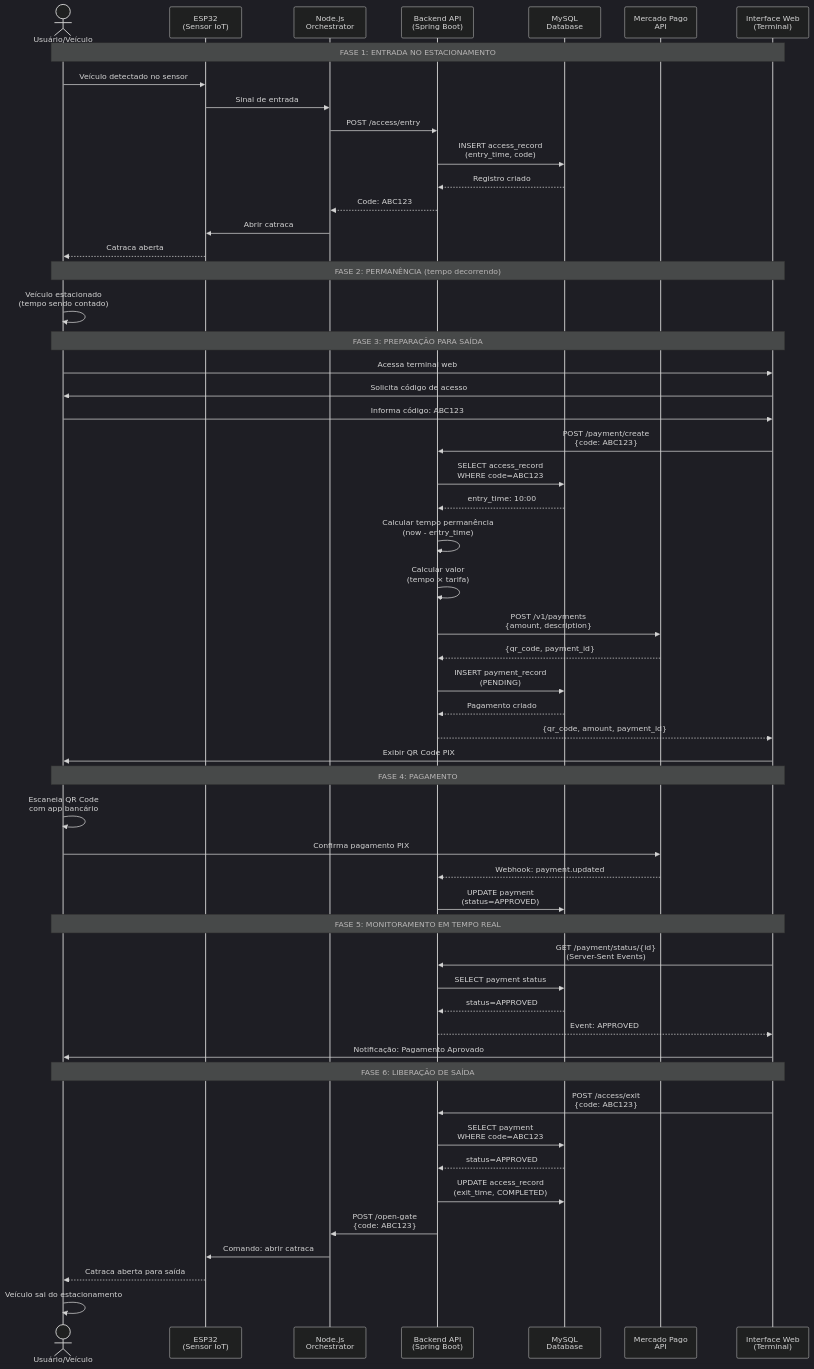
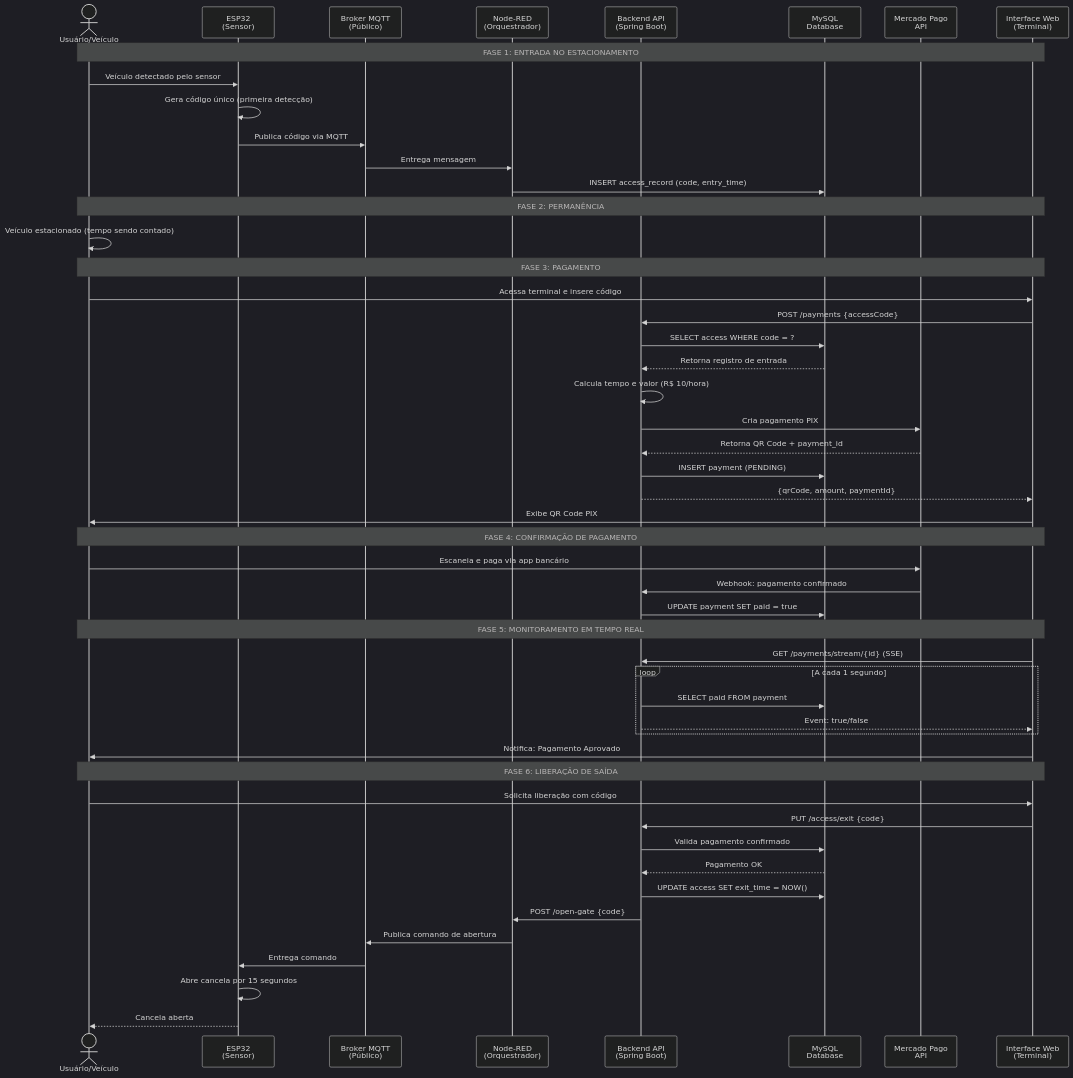
The first of 2 diagrams in README.md (Luca5Eckert/OpenIt), drawn with Mermaid (dark theme) before and after one commit. The commit also changed other lines of this file and 2 other files, not shown here.

````diff
--- a/README.md
+++ b/README.md
@@ -167,62 +92,58 @@
 ```mermaid
 sequenceDiagram
     actor User as Usuário/Veículo
-    participant ESP as ESP32<br/>(Sensor IoT)
-    participant Node as Node.js<br/>Orchestrator
+    participant ESP as ESP32<br/>(Sensor)
+    participant MQTT as Broker MQTT<br/>(Público)
+    participant NodeRED as Node-RED<br/>(Orquestrador)
     participant API as Backend API<br/>(Spring Boot)
     participant DB as MySQL<br/>Database
     participant MP as Mercado Pago<br/>API
     participant Web as Interface Web<br/>(Terminal)
 
     Note over User,Web: FASE 1: ENTRADA NO ESTACIONAMENTO
-    User->>ESP: Veículo detectado no sensor
-    ESP->>Node: Sinal de entrada
-    Node->>API: POST /access/entry
-    API->>DB: INSERT access_record<br/>(entry_time, code)
-    DB-->>API: Registro criado
-    API-->>Node: Code: ABC123
-    Node->>ESP: Abrir catraca
-    ESP-->>User: Catraca aberta
+    User->>ESP: Veículo detectado pelo sensor
+    ESP->>ESP: Gera código único (primeira detecção)
+    ESP->>MQTT: Publica código via MQTT
+    MQTT->>NodeRED: Entrega mensagem
+    NodeRED->>DB: INSERT access_record (code, entry_time)
     
-    Note over User,Web: FASE 2: PERMANÊNCIA (tempo decorrendo)
-    User->>User: Veículo estacionado<br/>(tempo sendo contado)
+    Note over User,Web: FASE 2: PERMANÊNCIA
+    User->>User: Veículo estacionado (tempo sendo contado)
     
-    Note over User,Web: FASE 3: PREPARAÇÃO PARA SAÍDA
-    User->>Web: Acessa terminal web
-    Web->>User: Solicita código de acesso
-    User->>Web: Informa código: ABC123
-    Web->>API: POST /payment/create<br/>{code: ABC123}
-    API->>DB: SELECT access_record<br/>WHERE code=ABC123
-    DB-->>API: entry_time: 10:00
-    API->>API: Calcular tempo permanência<br/>(now - entry_time)
-    API->>API: Calcular valor<br/>(tempo × tarifa)
-    API->>MP: POST /v1/payments<br/>{amount, description}
-    MP-->>API: {qr_code, payment_id}
-    API->>DB: INSERT payment_record<br/>(PENDING)
-    DB-->>API: Pagamento criado
-    API-->>Web: {qr_code, amount, payment_id}
-    Web->>User: Exibir QR Code PIX
-    
-    Note over User,Web: FASE 4: PAGAMENTO
-    User->>User: Escaneia QR Code<br/>com app bancário
-    User->>MP: Confirma pagamento PIX
-    MP-->>API: Webhook: payment.updated
-    API->>DB: UPDATE payment<br/>(status=APPROVED)
+    Note over User,Web: FASE 3: PAGAMENTO
+    User->>Web: Acessa terminal e insere código
+    Web->>API: POST /payments {accessCode}
+    API->>DB: SELECT access WHERE code = ?
+    DB-->>API: Retorna registro de entrada
+    API->>API: Calcula tempo e valor (R$ 10/hora)
+    API->>MP: Cria pagamento PIX
+    MP-->>API: Retorna QR Code + payment_id
+    API->>DB: INSERT payment (PENDING)
+    API-->>Web: {qrCode, amount, paymentId}
+    Web->>User: Exibe QR Code PIX
+
+    Note over User,Web: FASE 4: CONFIRMAÇÃO DE PAGAMENTO
+    User->>MP: Escaneia e paga via app bancário
+    MP->>API: Webhook: pagamento confirmado
+    API->>DB: UPDATE payment SET paid = true
     
     Note over User,Web: FASE 5: MONITORAMENTO EM TEMPO REAL
-    Web->>API: GET /payment/status/{id}<br/>(Server-Sent Events)
-    API->>DB: SELECT payment status
-    DB-->>API: status=APPROVED
-    API-->>Web: Event: APPROVED
-    Web->>User: Notificação: Pagamento Aprovado
-    
+    Web->>API: GET /payments/stream/{id} (SSE)
+    loop A cada 1 segundo
+        API->>DB: SELECT paid FROM payment
+        API-->>Web: Event: true/false
+    end
+    Web->>User: Notifica: Pagamento Aprovado
+
     Note over User,Web: FASE 6: LIBERAÇÃO DE SAÍDA
-    Web->>API: POST /access/exit<br/>{code: ABC123}
-    API->>DB: SELECT payment<br/>WHERE code=ABC123
-    DB-->>API: status=APPROVED
-    API->>DB: UPDATE access_record<br/>(exit_time, COMPLETED)
-    API->>Node: POST /open-gate<br/>{code: ABC123}
-    Node->>ESP: Comando: abrir catraca
-    ESP-->>User: Catraca aberta para saída
-    User->>User: Veículo sai do estacionamento
+    User->>Web: Solicita liberação com código
+    Web->>API: PUT /access/exit {code}
+    API->>DB: Valida pagamento confirmado
+    DB-->>API: Pagamento OK
+    API->>DB: UPDATE access SET exit_time = NOW()
+    API->>NodeRED: POST /open-gate {code}
+    NodeRED->>MQTT: Publica comando de abertura
+    MQTT->>ESP: Entrega comando
+    ESP->>ESP: Abre cancela por 15 segundos
+    ESP-->>User: Cancela aberta
 ```
````
